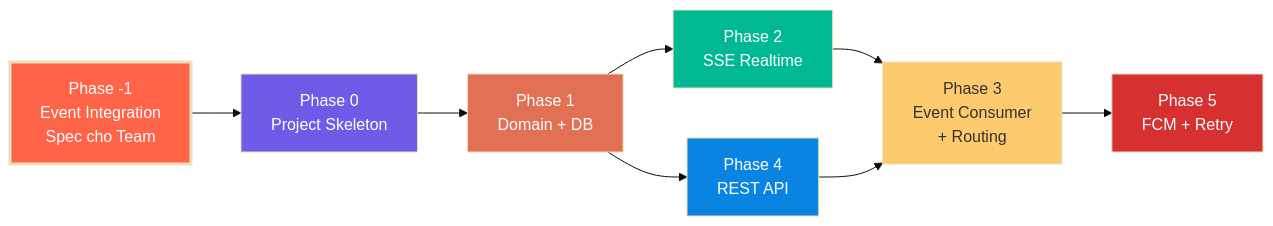
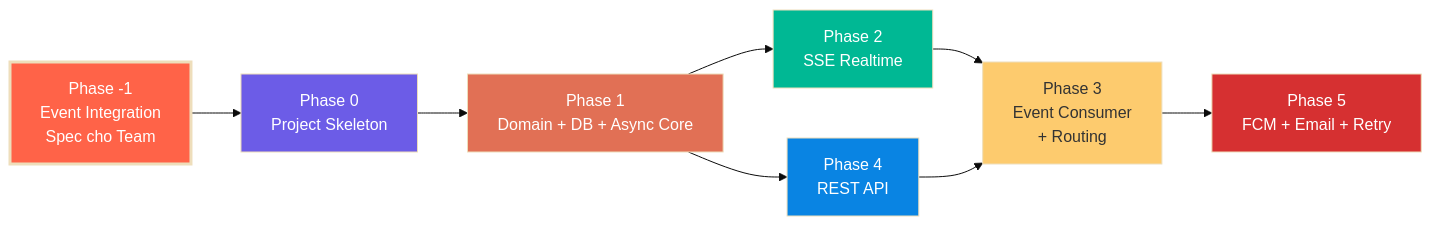
Before and after one commit to vucongchien/rent-a-girlfriend: the diagram in services/notification-service/docs/development-timeline.md, drawn with Mermaid (base theme). The commit also changed other lines of this file and 13 other files, not shown here.

````diff
--- a/services/notification-service/docs/development-timeline.md
+++ b/services/notification-service/docs/development-timeline.md
@@ -13,18 +13,18 @@
 ```mermaid
 graph LR
     PM1["Phase -1<br/>Event Integration<br/>Spec cho Team"] --> P0["Phase 0<br/>Project Skeleton"]
-    P0 --> P1["Phase 1<br/>Domain + DB"]
+    P0 --> P1["Phase 1<br/>Domain + DB + Async Core"]
     P1 --> P2["Phase 2<br/>SSE Realtime"]
     P1 --> P4["Phase 4<br/>REST API"]
     P2 --> P3["Phase 3<br/>Event Consumer<br/>+ Routing"]
     P4 --> P3
-    P3 --> P5["Phase 5<br/>FCM + Retry"]
+    P3 --> P5["Phase 5<br/>FCM + Email + Retry"]
 
     style PM1 fill:#ff6348,color:#fff,stroke-width:3px
     style P0 fill:#6c5ce7,color:#fff
     style P1 fill:#e17055,color:#fff
     style P2 fill:#00b894,color:#fff
     style P3 fill:#fdcb6e,color:#333
     style P4 fill:#0984e3,color:#fff
     style P5 fill:#d63031,color:#fff
 ```
````
